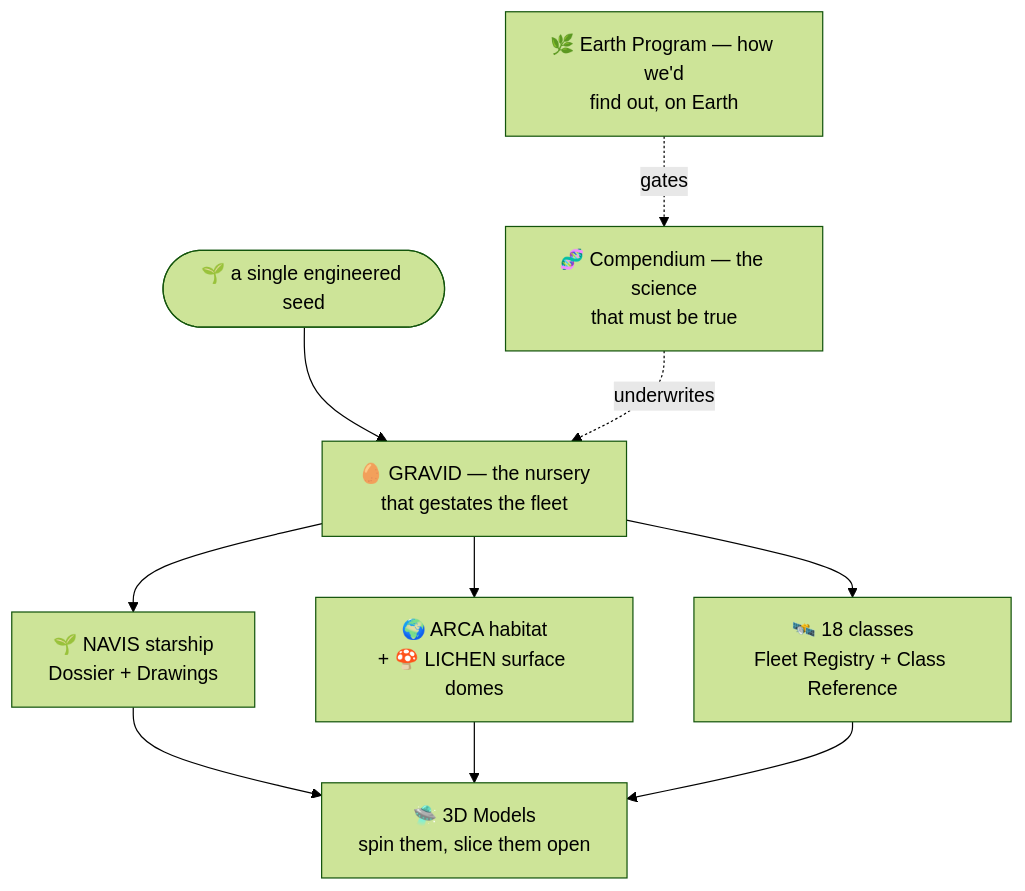
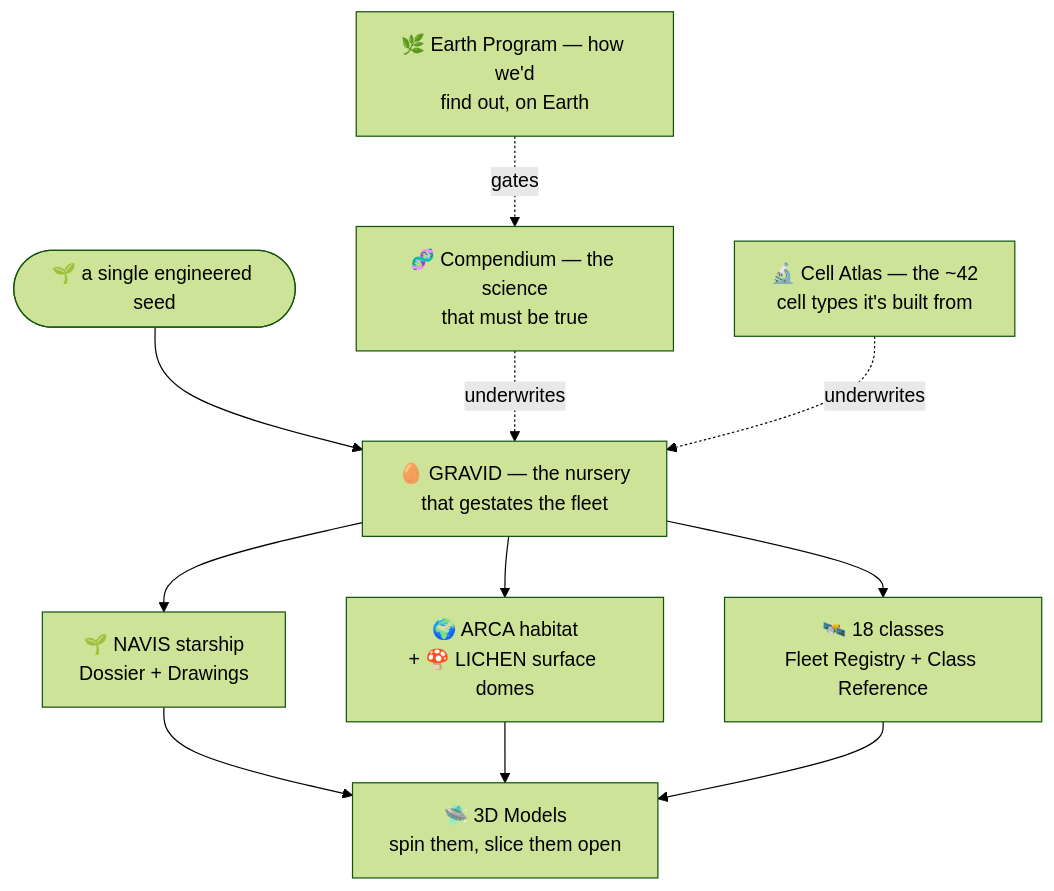
One commit to gddickinson/organic_spacecraft changed the second of 2 diagrams in README.md. Above: the diagram before and after it, drawn with Mermaid (forest theme). The commit also changed other lines of this file and 21 other files, not shown here.

First line of the commit message:
Add Cell Atlas (11th document); regenerate nav to 11 across all docs

````diff
--- a/README.md
+++ b/README.md
@@ -61,12 +61,13 @@
 ```mermaid
 flowchart TD
   SEED(["🌱 a single engineered seed"]) --> GRAVID["🥚 GRAVID — the nursery<br/>that gestates the fleet"]
   GRAVID --> NAVIS["🌱 NAVIS starship<br/>Dossier + Drawings"]
   GRAVID --> ARCA["🌍 ARCA habitat<br/>+ 🍄 LICHEN surface domes"]
   GRAVID --> MORE["🛰️ 18 classes<br/>Fleet Registry + Class Reference"]
   SCI["🧬 Compendium — the science<br/>that must be true"] -. underwrites .-> GRAVID
+  CELLS["🔬 Cell Atlas — the ~42<br/>cell types it's built from"] -. underwrites .-> GRAVID
   EARTH["🌿 Earth Program — how we'd<br/>find out, on Earth"] -. gates .-> SCI
   NAVIS --> V3D["🛸 3D Models<br/>spin them, slice them open"]
   ARCA --> V3D
   MORE --> V3D
 ```
````
